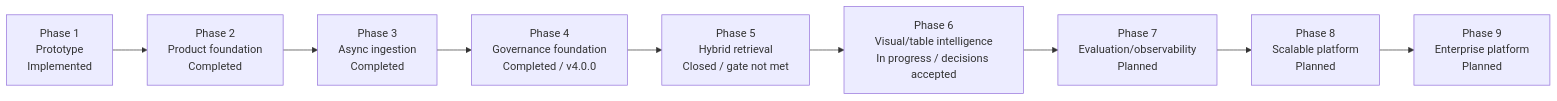
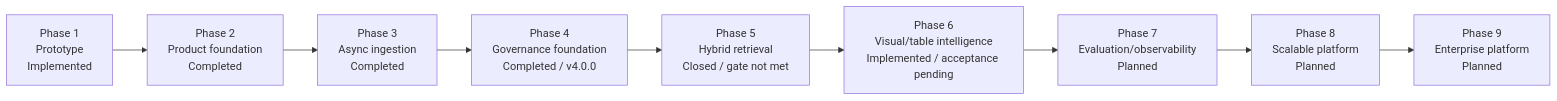
Before and after one commit to mvyas412/ai-projects: the second of 11 diagrams in mm-rag-full-stack-genai-bootcamp-3.0/docs/architecture/ARCHITECTURE.md, drawn with Mermaid. The commit also changed other lines of this file and 10 other files, not shown here.

````diff
--- a/mm-rag-full-stack-genai-bootcamp-3.0/docs/architecture/ARCHITECTURE.md
+++ b/mm-rag-full-stack-genai-bootcamp-3.0/docs/architecture/ARCHITECTURE.md
@@ -174,12 +175,12 @@
 ```mermaid
 flowchart LR
     p1["Phase 1<br/>Prototype<br/>Implemented"] -->
     p2["Phase 2<br/>Product foundation<br/>Completed"] -->
     p3["Phase 3<br/>Async ingestion<br/>Completed"] -->
     p4["Phase 4<br/>Governance foundation<br/>Completed / v4.0.0"] -->
     p5["Phase 5<br/>Hybrid retrieval<br/>Closed / gate not met"] -->
-    p6["Phase 6<br/>Visual/table intelligence<br/>In progress / decisions accepted"] -->
+    p6["Phase 6<br/>Visual/table intelligence<br/>Implemented / acceptance pending"] -->
     p7["Phase 7<br/>Evaluation/observability<br/>Planned"] -->
     p8["Phase 8<br/>Scalable platform<br/>Planned"] -->
     p9["Phase 9<br/>Enterprise platform<br/>Planned"]
 ```
````
